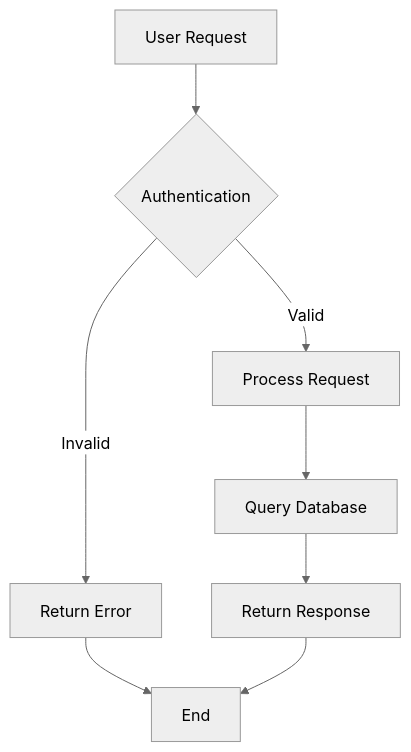
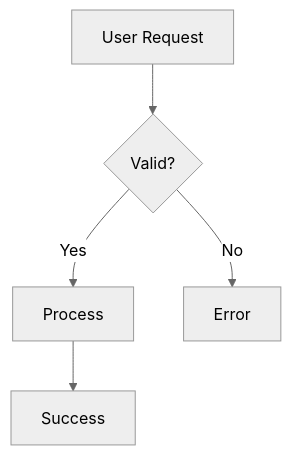
Before and after one commit to documentation-ai/DocumentationAI-Docs: the first of 3 diagrams in components/mermaid.mdx, drawn with Mermaid (neutral theme). The commit also changed other lines of this file, not shown here.

Commit message:
feat: add mermaid reference

````diff
--- a/components/mermaid.mdx
+++ b/components/mermaid.mdx
@@ -45,10 +28,7 @@
 ```mermaid
 flowchart TD
-    A[User Request] --> B{Authentication}
-    B -->|Valid| C[Process Request]
-    B -->|Invalid| D[Return Error]
-    C --> E[Query Database]
-    E --> F[Return Response]
-    D --> G[End]
-    F --> G
+    A[User Request] --> B{Valid?}
+    B -->|Yes| C[Process]
+    B -->|No| D[Error]
+    C --> E[Success]
 ```
````
